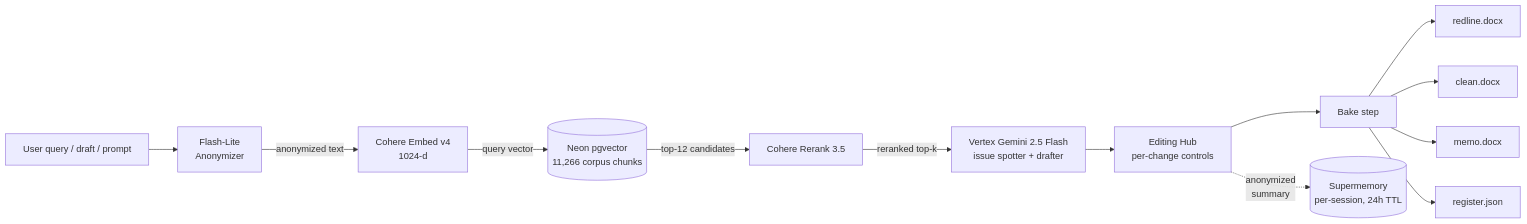
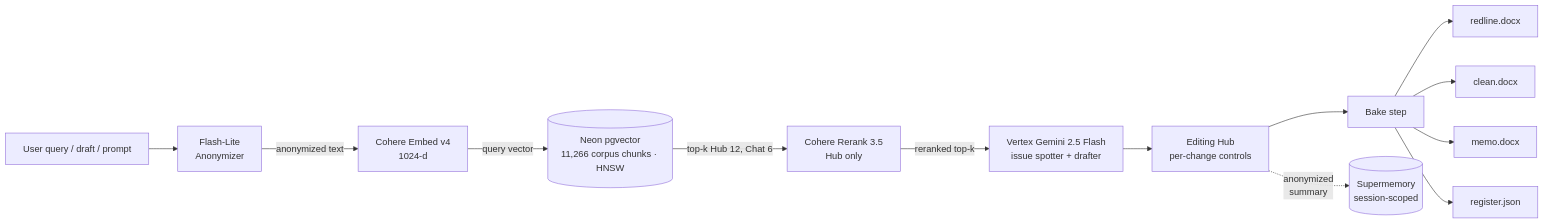
One commit to nick-battags/LawAgent changed the diagram in README.md. Above: the diagram before and after it, drawn with Mermaid. The commit also changed other lines of this file and 5 other files, not shown here.

First line of the commit message:
Pipeline diagram + technical-text accuracy pass

````diff
--- a/README.md
+++ b/README.md
@@ -41,15 +41,15 @@
 ```mermaid
 graph LR
   U[User query / draft / prompt] --> AN[Flash-Lite<br/>Anonymizer]
   AN -->|anonymized text| E[Cohere Embed v4<br/>1024-d]
-  E -->|query vector| PG[(Neon pgvector<br/>11,266 corpus chunks)]
-  PG -->|top-12 candidates| RR[Cohere Rerank 3.5]
+  E -->|query vector| PG[(Neon pgvector<br/>11,266 corpus chunks · HNSW)]
+  PG -->|top-k Hub 12, Chat 6| RR[Cohere Rerank 3.5<br/>Hub only]
   RR -->|reranked top-k| G[Vertex Gemini 2.5 Flash<br/>issue spotter + drafter]
   G --> H[Editing Hub<br/>per-change controls]
   H --> B[Bake step]
   B --> R[redline.docx]
   B --> C[clean.docx]
   B --> M[memo.docx]
   B --> J[register.json]
-  H -.->|anonymized<br/>summary| SM[(Supermemory<br/>per-session, 24h TTL)]
+  H -.->|anonymized<br/>summary| SM[(Supermemory<br/>session-scoped)]
 ```
````
